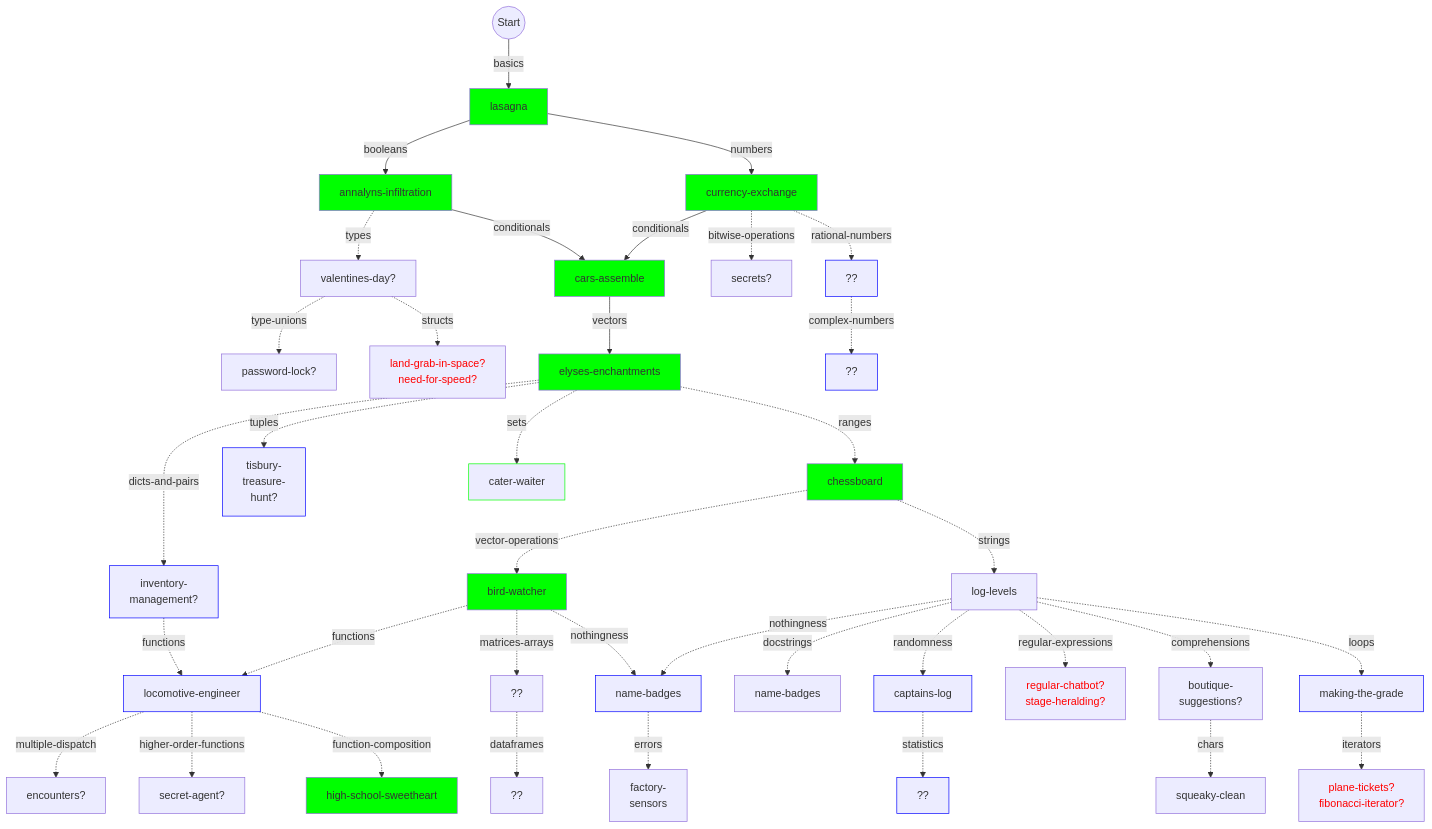
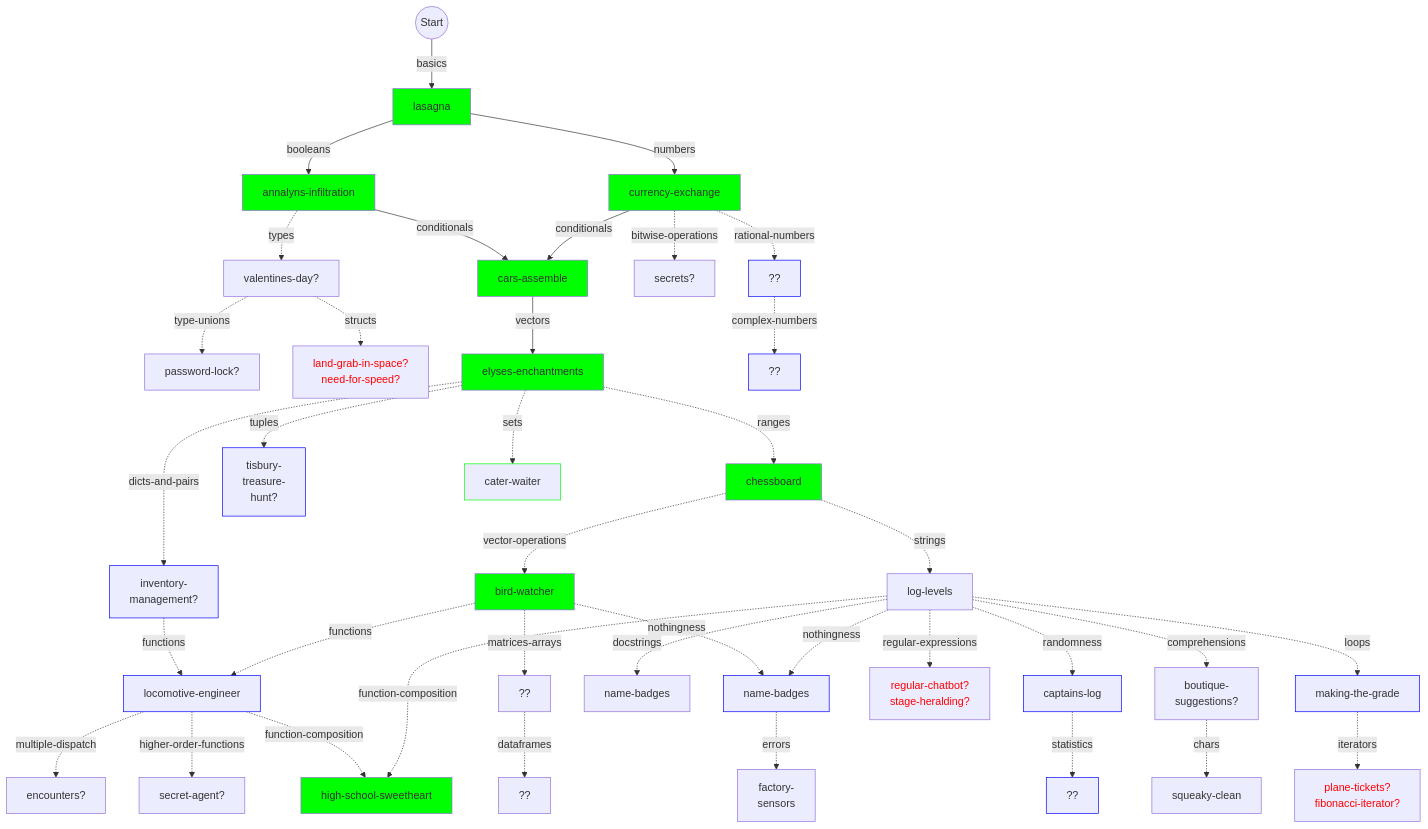
One commit to colinleach/learning-track-doodles changed the diagram in julia/flowchart.md. Above: the diagram before and after it, drawn with Mermaid. The commit also changed other lines of this file, not shown here.

```diff
--- a/julia/flowchart.md
+++ b/julia/flowchart.md
@@ -102,6 +102,9 @@
 functions -.function-composition.-> function-composition["high-school-sweetheart"]
 style function-composition fill:#0f0
 
+strings -.function-composition.-> function-composition["high-school-sweetheart"]
+style function-composition fill:#0f0
+
 functions -.higher-order-functions.-> higher-order-functions["secret-agent?"]
 %% style higher-order-functions fill:#f00,color:#fff
 
```
